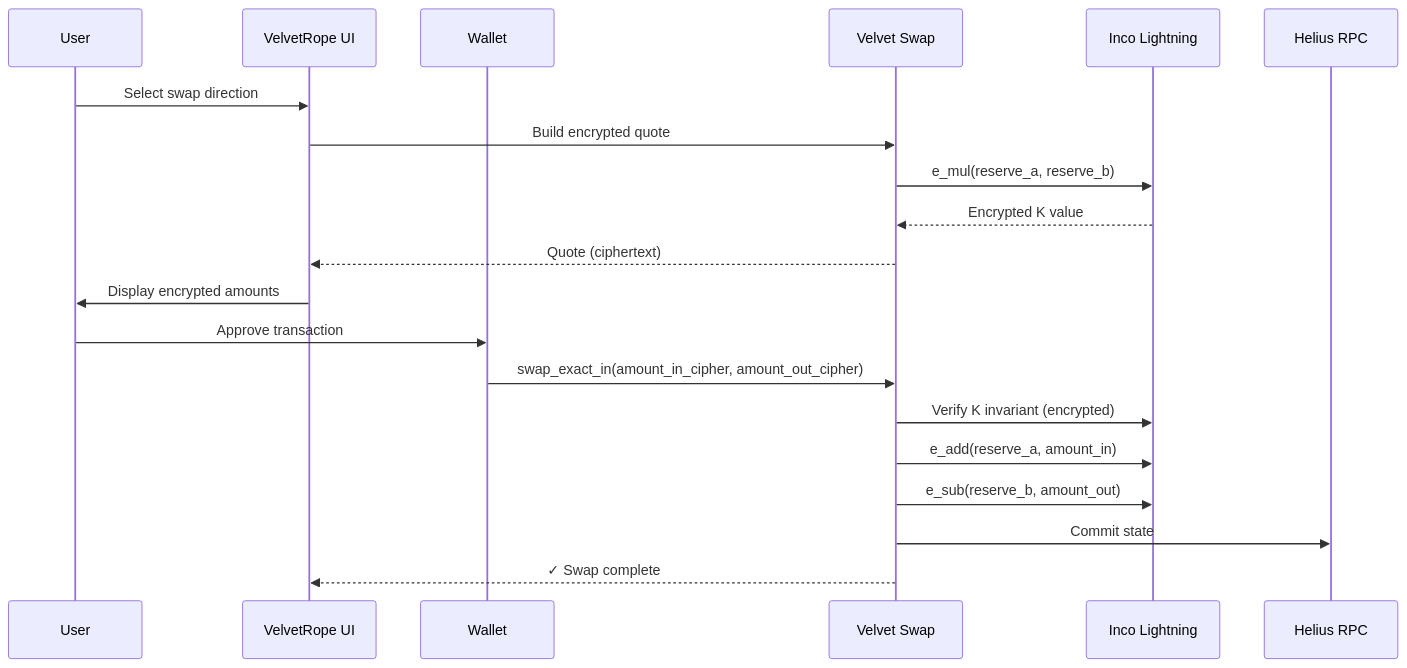
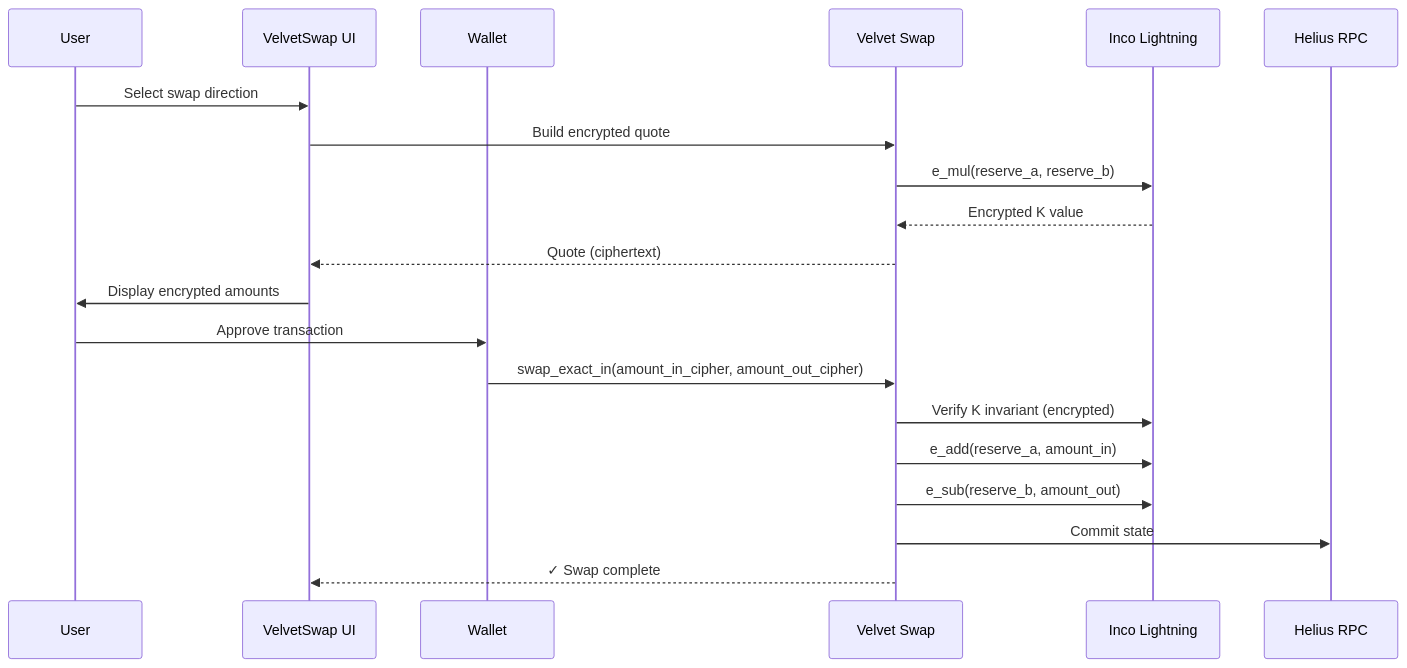
One commit to N-45div/Velvet_frontend changed the second of 4 diagrams in ARCHITECTURE.md. Above: the diagram before and after it, drawn with Mermaid. The commit also changed other lines of this file and 3 other files, not shown here.

````diff
--- a/ARCHITECTURE.md
+++ b/ARCHITECTURE.md
@@ -63,25 +71,25 @@
 ```mermaid
 sequenceDiagram
     participant User
-    participant UI as VelvetRope UI
+    participant UI as VelvetSwap UI
     participant Wallet
     participant VS as Velvet Swap
     participant Inco as Inco Lightning
     participant RPC as Helius RPC
 
     User->>UI: Select swap direction
     UI->>VS: Build encrypted quote
     VS->>Inco: e_mul(reserve_a, reserve_b)
     Inco-->>VS: Encrypted K value
     VS-->>UI: Quote (ciphertext)
 
     UI->>User: Display encrypted amounts
     User->>Wallet: Approve transaction
 
     Wallet->>VS: swap_exact_in(amount_in_cipher, amount_out_cipher)
     VS->>Inco: Verify K invariant (encrypted)
     VS->>Inco: e_add(reserve_a, amount_in)
     VS->>Inco: e_sub(reserve_b, amount_out)
     VS->>RPC: Commit state
     VS-->>UI: ✓ Swap complete
 ```
````
